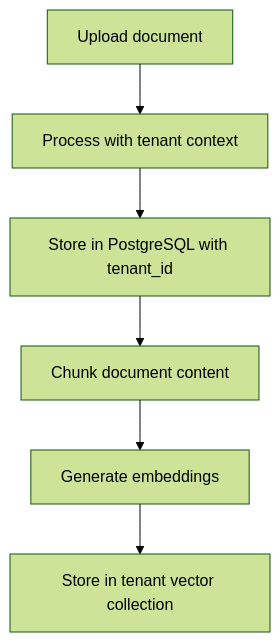
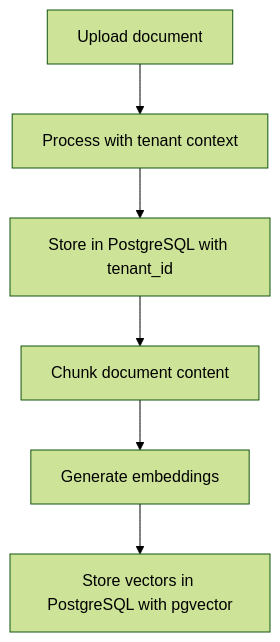
One commit to AITrekker/RAG changed the fifth of 5 diagrams in docs/Architecture.md. Above: the diagram before and after it, drawn with Mermaid (forest theme). The commit also changed other lines of this file and 41 other files, not shown here.

````diff
--- a/docs/Architecture.md
+++ b/docs/Architecture.md
@@ -839,8 +831,8 @@
 ```mermaid
 graph TD
     A[Upload document] --> B[Process with tenant context]
     B --> C[Store in PostgreSQL with tenant_id]
     C --> D[Chunk document content]
     D --> E[Generate embeddings]
-    E --> F[Store in tenant vector collection]
+    E --> F[Store vectors in PostgreSQL with pgvector]
 ```
````
